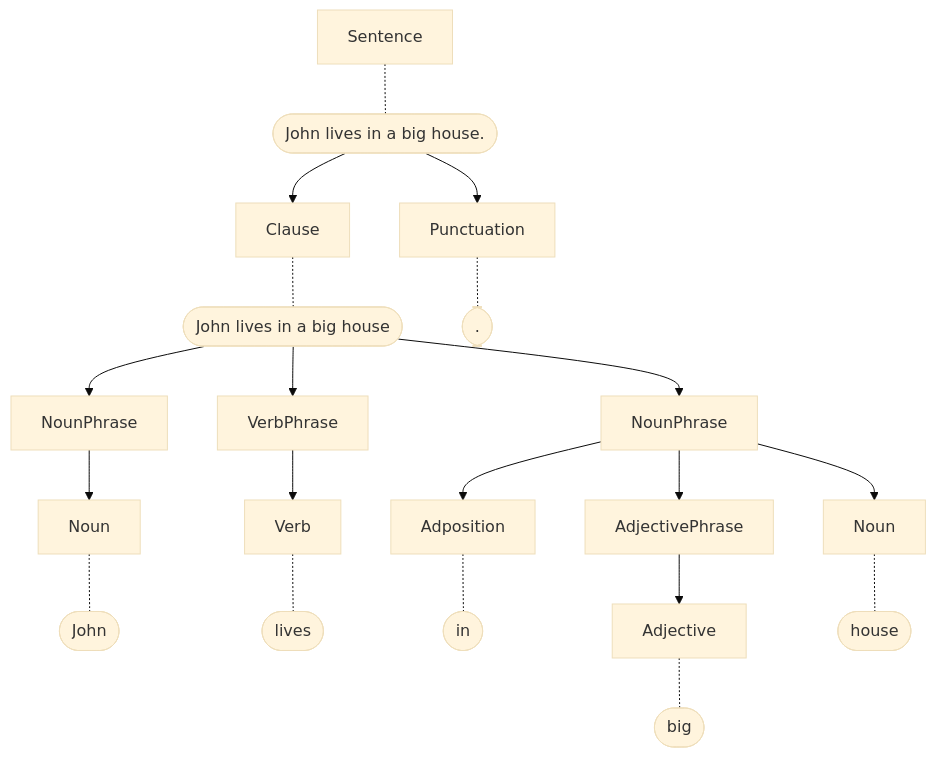
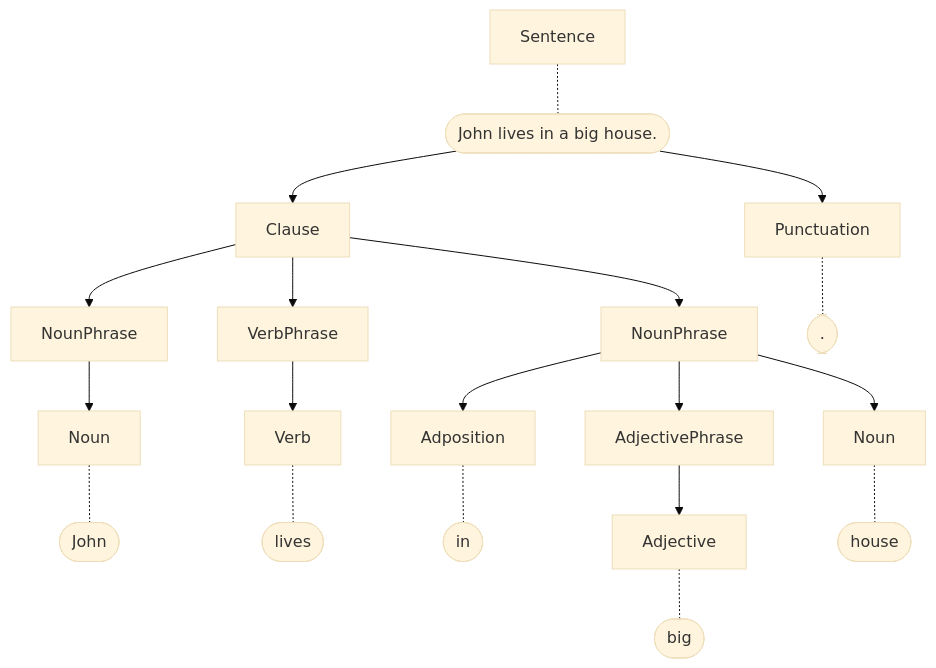
One commit to presciencelabs/tabitha changed the second of 2 diagrams in README.md. Above: the diagram before and after it, drawn with Mermaid (base theme). The commit also changed other lines of this file, not shown here.

````diff
--- a/README.md
+++ b/README.md
@@ -132,27 +131,26 @@
 ```mermaid
 graph TD
 	Sentence -.- s([John lives in a big house.])
 
 	s --> C[Clause]
 	s --> P[Punctuation]
 
-	C -.- c([John lives in a big house])
+	C --> NP1[NounPhrase]
+	C --> VP[VerbPhrase]
+	C --> NP2[NounPhrase]
+
 	P -.- t([.])
 
-	c --> C-NP1[NounPhrase]
-	c --> C-VP[VerbPhrase]
-	c --> C-NP2[NounPhrase]
+	NP1 --> NP1-N[Noun]
+	VP --> VP-V[Verb]
+	NP2 --> NP2-Adp[Adposition]
+	NP2 --> NP2-AdjP[AdjectivePhrase]
+	NP2 --> NP2-N[Noun]
 
-	C-NP1 --> CNP1-N[Noun]
-	C-VP --> CVP-V[Verb]
-	C-NP2 --> CNP2-Adp[Adposition]
-	C-NP2 --> C-NP2-AdjP[AdjectivePhrase]
-	C-NP2 --> C-NP2-N[Noun]
-
-	CNP1-N -.- CNP1-N-n([John])
-	CVP-V -.- CVP-V-v([lives])
-	CNP2-Adp -.- CNP2-adp([in])
-	C-NP2-AdjP --> C-NP2-Adj[Adjective]
-	C-NP2-N -.- C-NP2-n([house])
-	C-NP2-Adj -.- C-NP2-adj([big])
+	NP1-N -.- NP1-N-n([John])
+	VP-V -.- VP-V-v([lives])
+	NP2-Adp -.- NP2-adp([in])
+	NP2-AdjP --> NP2-Adj[Adjective]
+	NP2-N -.- NP2-n([house])
+	NP2-Adj -.- NP2-adj([big])
 ```
````
